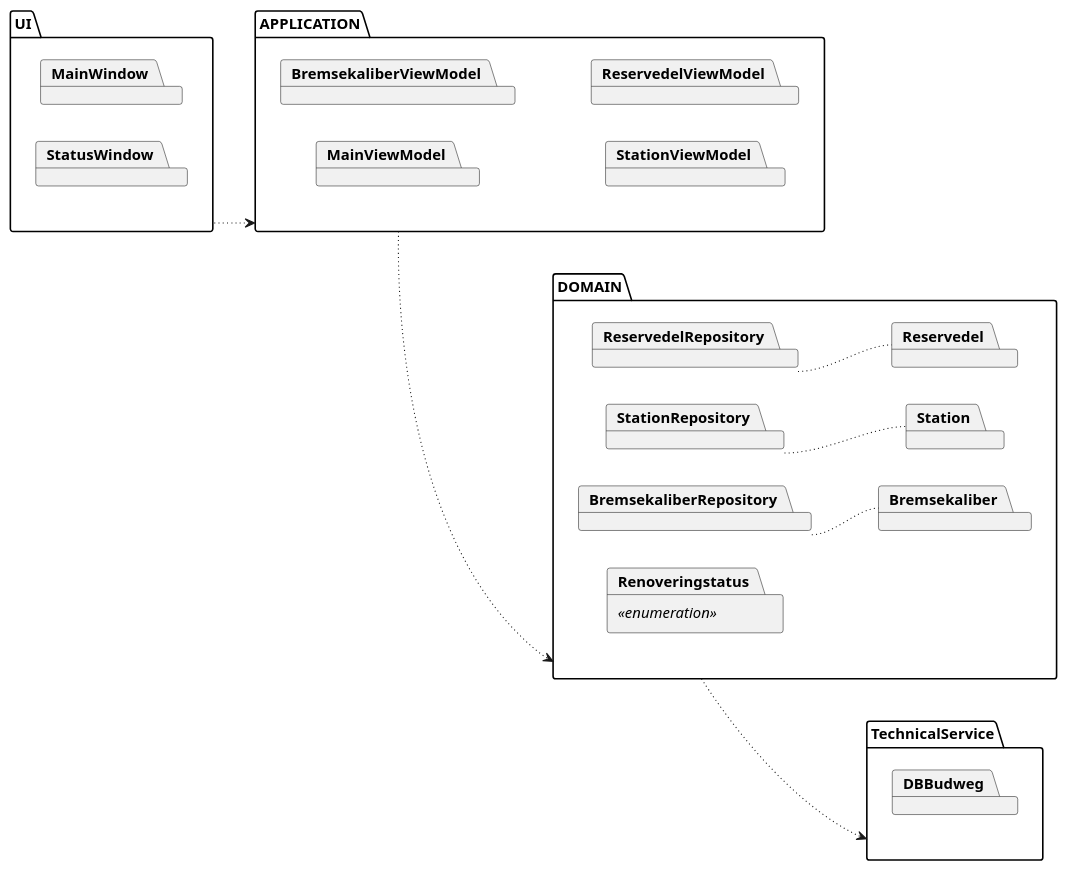
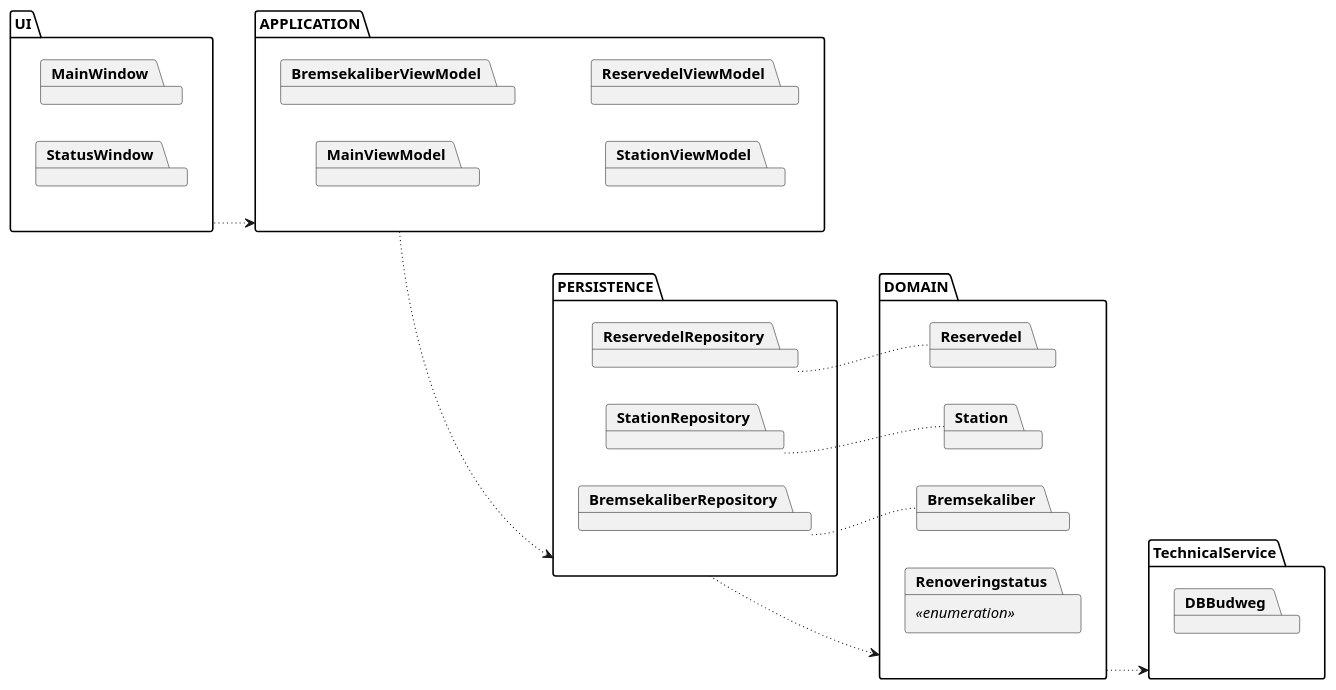
One commit to senan2315/Team-5A-Budweg changed the diagram in Informationsartefakter/12-PD-Pakkediagram.plantuml. Above: the diagram before and after it, drawn with PlantUML. The commit also changed 18 other files, not shown here.

Commit message:
rettet alle steder hvor vi har skrevet caliber og ikke caliper. Opsat MVVM struktur samt skrevet LIDT til crud operationen Create i bremsecaliperRepository under Persistence.

```diff
--- a/Informationsartefakter/12-PD-Pakkediagram.plantuml
+++ b/Informationsartefakter/12-PD-Pakkediagram.plantuml
@@ -1,55 +1,58 @@
 @startuml PackageDiagram
 
 left to right direction
 '/ Hvad skal navngivningen for MainWindow være? MainWindow eller BudwegMainWindow?
 Package UI{
     package MainWindow  
     package StatusWindow
 }
 
 Package APPLICATION{
     package MainViewModel
     package BremsekaliberViewModel
     package StationViewModel
-    package ReservedelViewModel
+    package ReservedelViewModel 
+}
+
+Package PERSISTENCE{
+    package ReservedelRepository
+    package StationRepository
+    package BremsekaliberRepository
 }
  
 Package DOMAIN{
-    package ReservedelRepository
-    package StationRepository
-    package BremsekaliberRepository
     package Reservedel
     package Station
     package Bremsekaliber
     package Renoveringstatus<<enumeration>>
-
 }
 
 Package TechnicalService{
     package DBBudweg
 }
 
 
 UI -[dotted]-> APPLICATION
-APPLICATION -[dotted]-> DOMAIN
+APPLICATION -[dotted]-> PERSISTENCE
+PERSISTENCE -[dotted]-> DOMAIN
 DOMAIN -[dotted]-> TechnicalService
 
 
 '/ Til UI pakken
 
 
 '/Applikations pakken
 
 
-'/Domæne pakken
+'/Persistence -> Domæne lag
 StationRepository -[dotted]- Station
 BremsekaliberRepository -[dotted]- Bremsekaliber
 ReservedelRepository -[dotted]- Reservedel
 
 '/TechnicalService pakken
 
 
 hide methods
 hide circle
 
 @enduml
```
